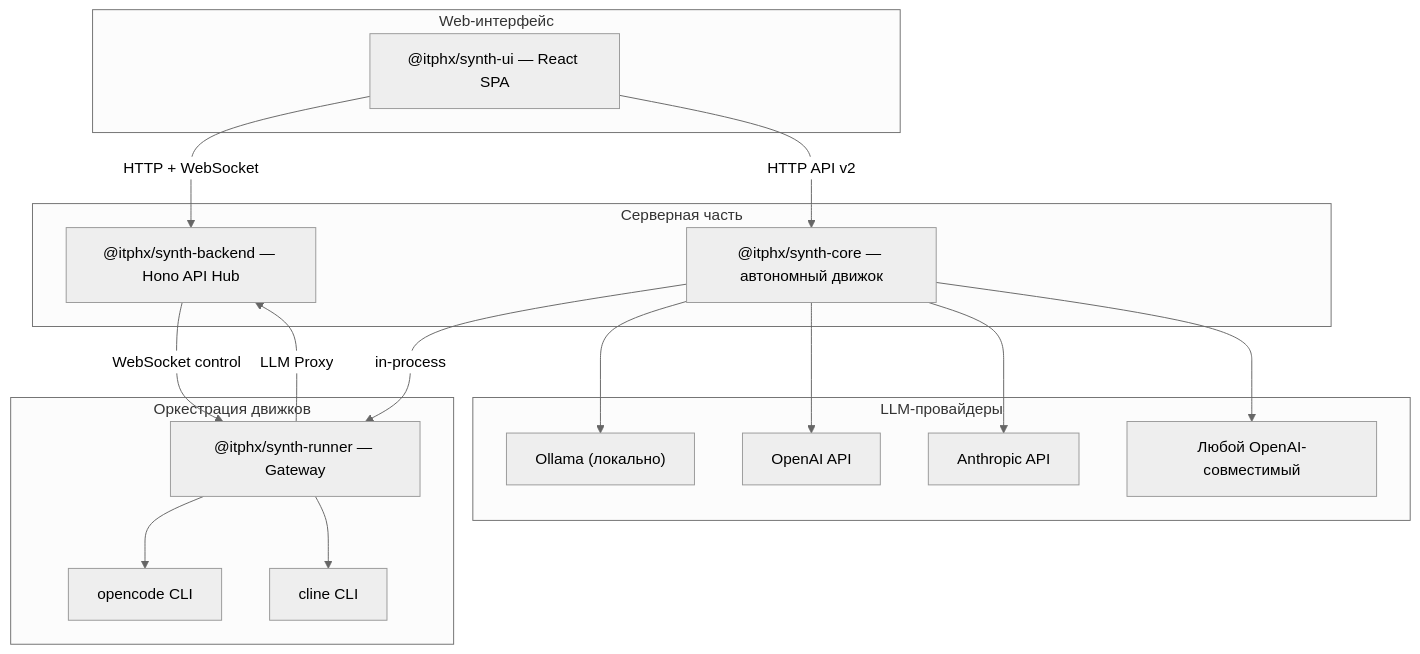
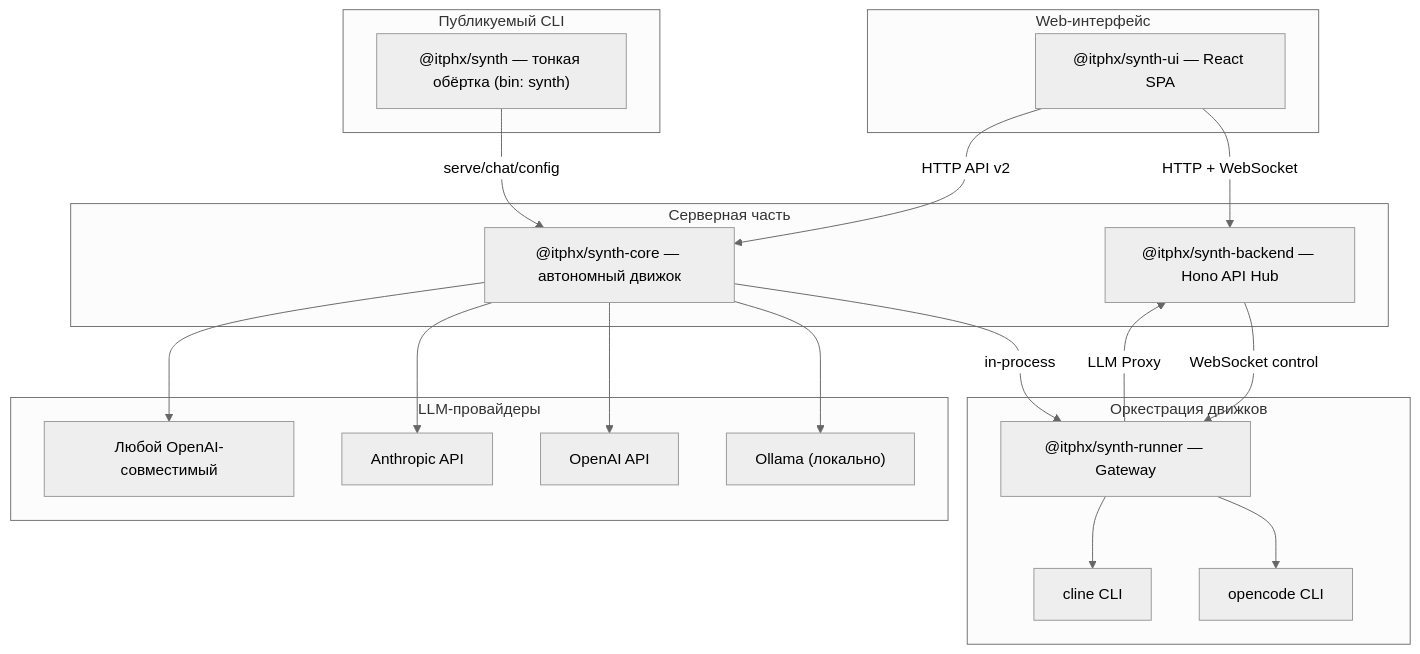
Before and after one commit to itphx/synth: the diagram in docs/ARCHITECTURE.md, drawn with Mermaid (neutral theme). The commit also changed other lines of this file and 7 other files, not shown here.

````diff
--- a/docs/ARCHITECTURE.md
+++ b/docs/ARCHITECTURE.md
@@ -17,39 +18,45 @@
 ```mermaid
 flowchart TB
     subgraph UI["Web-интерфейс"]
         synth_ui["@itphx/synth-ui — React SPA"]
     end
 
     subgraph Server["Серверная часть"]
         synth_backend["@itphx/synth-backend — Hono API Hub"]
         synth_core["@itphx/synth-core — автономный движок"]
     end
 
     subgraph Runner["Оркестрация движков"]
         synth_runner["@itphx/synth-runner — Gateway"]
         opencode["opencode CLI"]
         cline["cline CLI"]
     end
 
+    subgraph CLI["Публикуемый CLI"]
+        synth_cli["@itphx/synth — тонкая обёртка (bin: synth)"]
+    end
+
     subgraph LLM["LLM-провайдеры"]
         ollama["Ollama (локально)"]
         openai["OpenAI API"]
         anthropic["Anthropic API"]
         providers["Любой OpenAI-совместимый"]
     end
 
     synth_ui -->|HTTP + WebSocket| synth_backend
     synth_ui -->|HTTP API v2| synth_core
+
+    synth_cli -->|serve/chat/config| synth_core
 
     synth_backend -->|WebSocket control| synth_runner
     synth_core -->|in-process| synth_runner
 
     synth_runner --> opencode
     synth_runner --> cline
     synth_runner -->|LLM Proxy| synth_backend
 
     synth_core --> ollama
     synth_core --> openai
     synth_core --> anthropic
     synth_core --> providers
 ```
````
